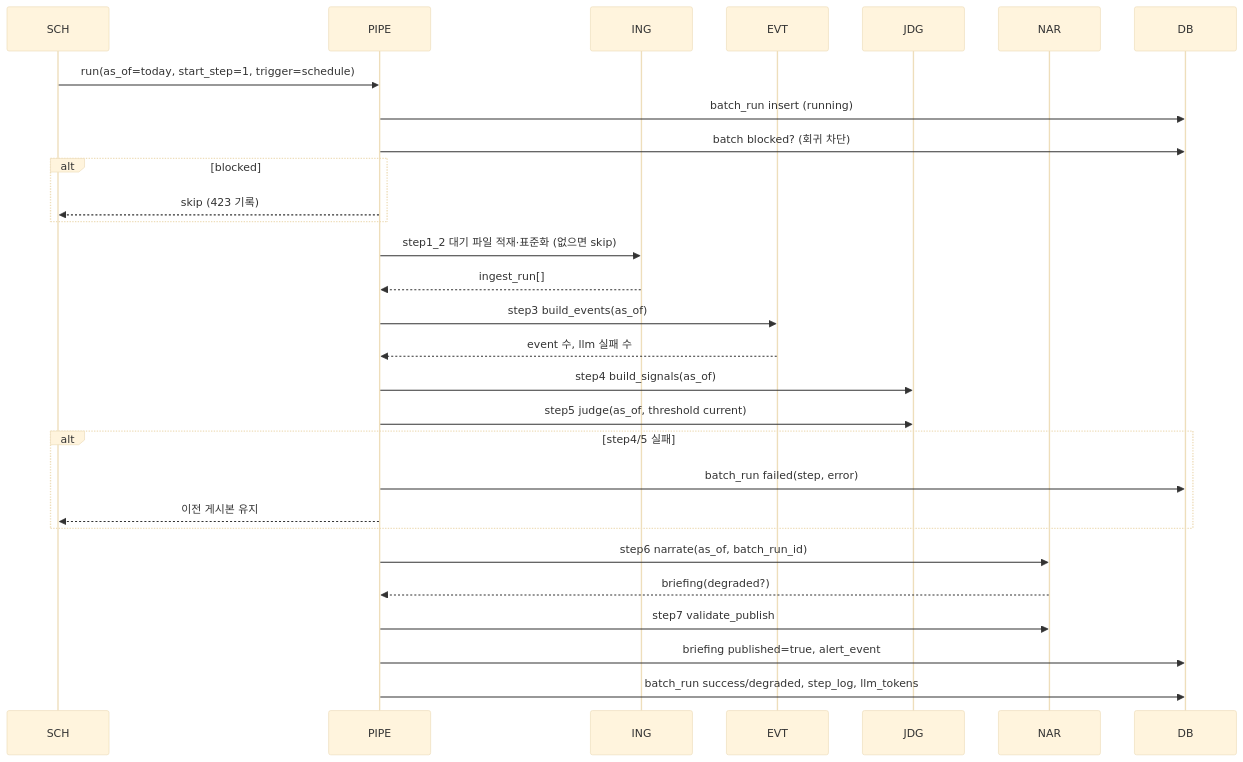
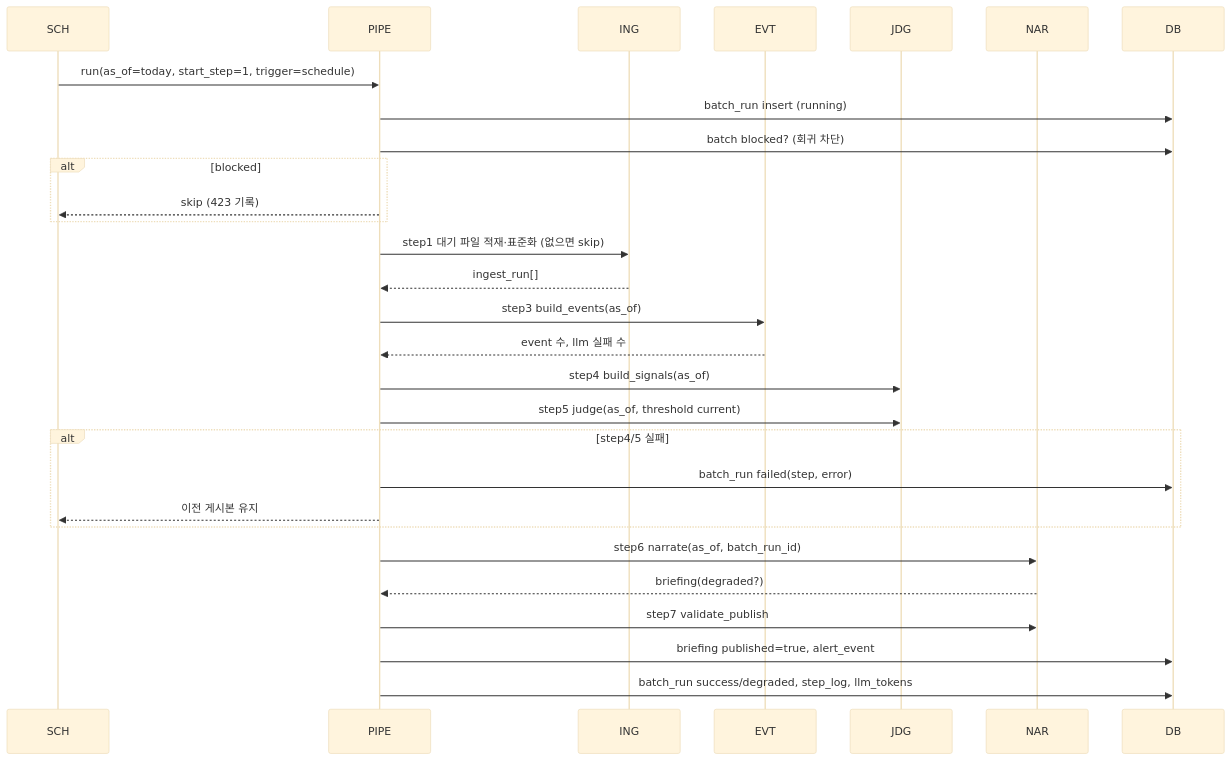
Before and after one commit to HoyoungParkme/tableau_platform: the second of 9 diagrams in docs/specs/09-SEQ/TBL-SEQ-001.md, drawn with Mermaid (base theme). The commit also changed other lines of this file, not shown here.

````diff
--- a/docs/specs/09-SEQ/TBL-SEQ-001.md
+++ b/docs/specs/09-SEQ/TBL-SEQ-001.md
@@ -103,31 +85,31 @@
 ```mermaid
 sequenceDiagram
   participant SCH
   participant PIPE
   participant ING
   participant EVT
   participant JDG
   participant NAR
   participant DB
   SCH->>PIPE: run(as_of=today, start_step=1, trigger=schedule)
   PIPE->>DB: batch_run insert (running)
   PIPE->>DB: batch blocked? (회귀 차단)
   alt blocked
     PIPE-->>SCH: skip (423 기록)
   end
-  PIPE->>ING: step1_2 대기 파일 적재·표준화 (없으면 skip)
+  PIPE->>ING: step1 대기 파일 적재·표준화 (없으면 skip)
   ING-->>PIPE: ingest_run[]
   PIPE->>EVT: step3 build_events(as_of)
   EVT-->>PIPE: event 수, llm 실패 수
   PIPE->>JDG: step4 build_signals(as_of)
   PIPE->>JDG: step5 judge(as_of, threshold current)
   alt step4/5 실패
     PIPE->>DB: batch_run failed(step, error)
     PIPE-->>SCH: 이전 게시본 유지
   end
   PIPE->>NAR: step6 narrate(as_of, batch_run_id)
   NAR-->>PIPE: briefing(degraded?)
   PIPE->>NAR: step7 validate_publish
   PIPE->>DB: briefing published=true, alert_event
   PIPE->>DB: batch_run success/degraded, step_log, llm_tokens
 ```
````
